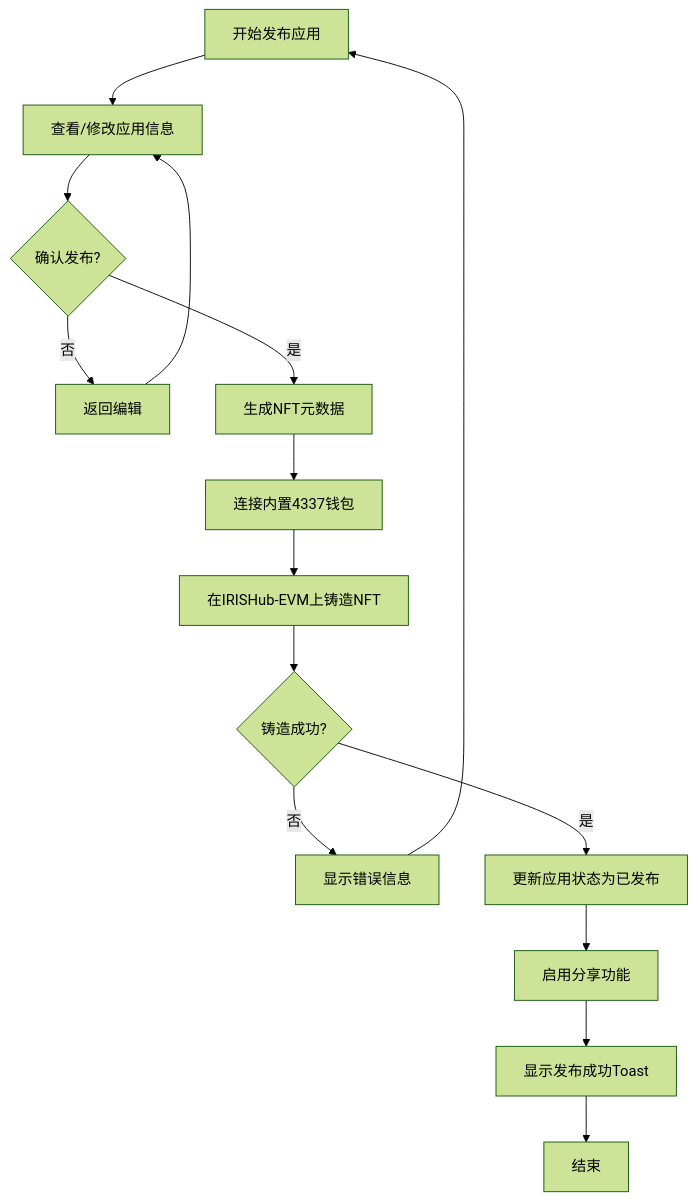
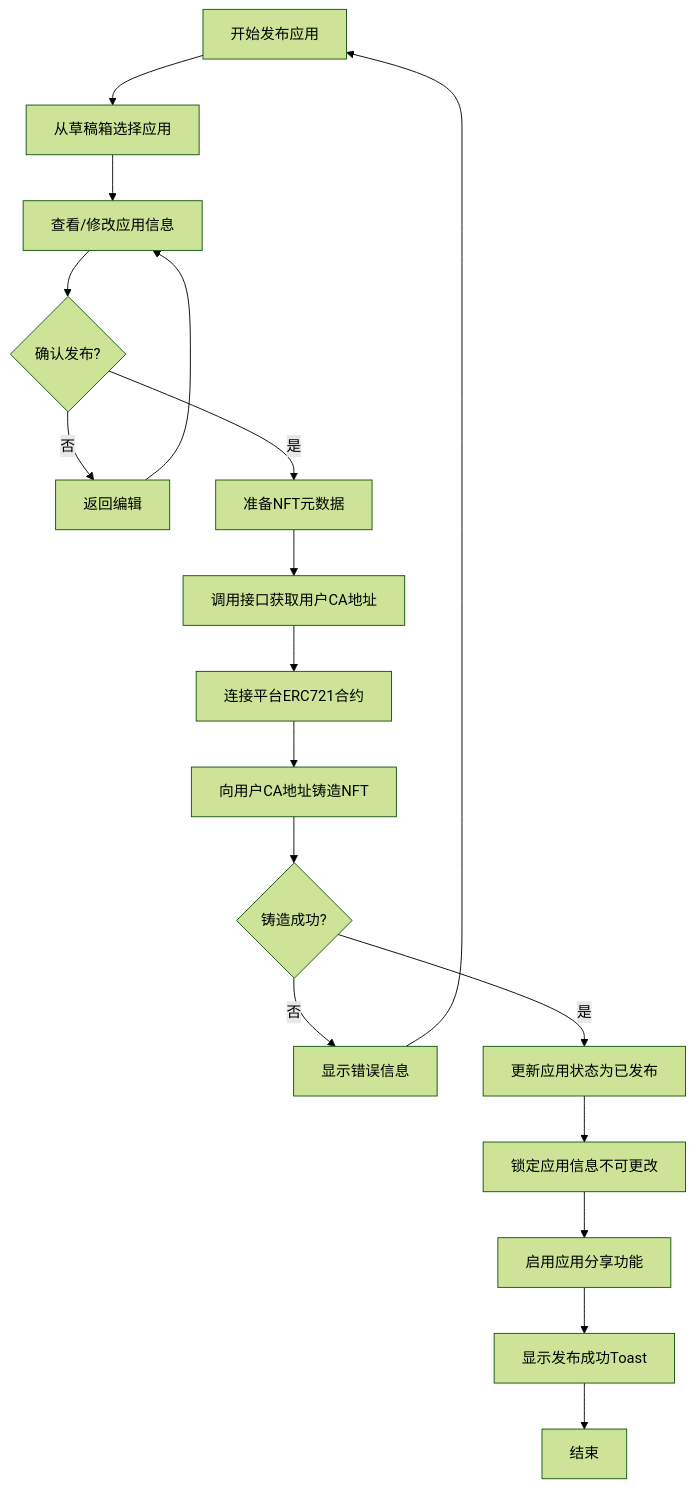
Before and after one commit to yingjianzh/iodraw-files: the diagram in all/未命名-65.md, drawn with Mermaid (forest theme).

Commit message:
2025-05-22 11:21:19 update

````diff
--- a/all/未命名-65.md
+++ b/all/未命名-65.md
@@ -1,17 +1,20 @@
 ```mermaid
 flowchart TD
-    A[开始发布应用] --> B[查看/修改应用信息]
-    B --> C{确认发布?}
-    C -->|否| D[返回编辑]
-    D --> B
-    C -->|是| E[生成NFT元数据]
-    E --> F[连接内置4337钱包]
-    F --> G[在IRISHub-EVM上铸造NFT]
-    G --> H{铸造成功?}
-    H -->|否| I[显示错误信息]
-    I --> A
-    H -->|是| J[更新应用状态为已发布]
-    J --> K[启用分享功能]
-    K --> L[显示发布成功Toast]
-    L --> M[结束]
+    A[开始发布应用] --> B[从草稿箱选择应用]
+    B --> C[查看/修改应用信息]
+    C --> D{确认发布?}
+    D -->|否| E[返回编辑]
+    E --> C
+    D -->|是| F[准备NFT元数据]
+    F --> G[调用接口获取用户CA地址]
+    G --> H[连接平台ERC721合约]
+    H --> I[向用户CA地址铸造NFT]
+    I --> J{铸造成功?}
+    J -->|否| K[显示错误信息]
+    K --> A
+    J -->|是| L[更新应用状态为已发布]
+    L --> M[锁定应用信息不可更改]
+    M --> N[启用应用分享功能]
+    N --> O[显示发布成功Toast]
+    O --> P[结束]
 ```
````
